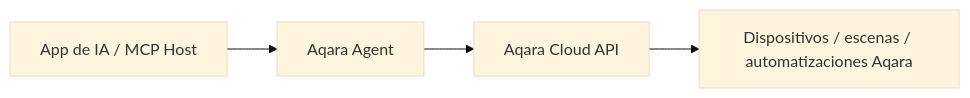
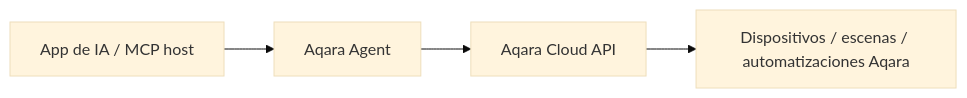
The diagram in README_ES.md (aqara/aqara-mcp-server), drawn with Mermaid (base theme) before and after one commit. The commit also changed other lines of this file and 8 other files, not shown here.

````diff
--- a/README_ES.md
+++ b/README_ES.md
@@ -75,6 +75,6 @@
 ```mermaid
 graph LR
-    A[App de IA / MCP Host] --> B[Aqara Agent]
+    A[App de IA / MCP host] --> B[Aqara Agent]
     B --> C[Aqara Cloud API]
     C --> D[Dispositivos / escenas / automatizaciones Aqara]
 ```
````
